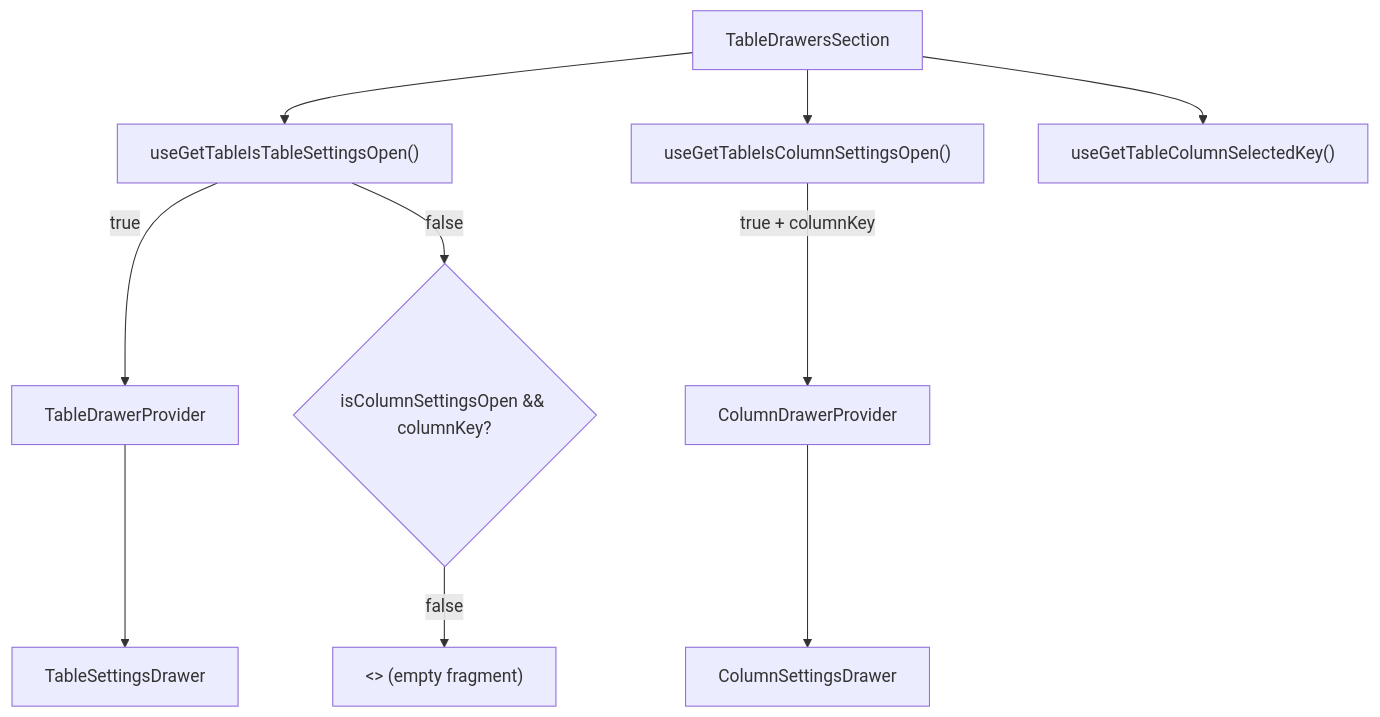
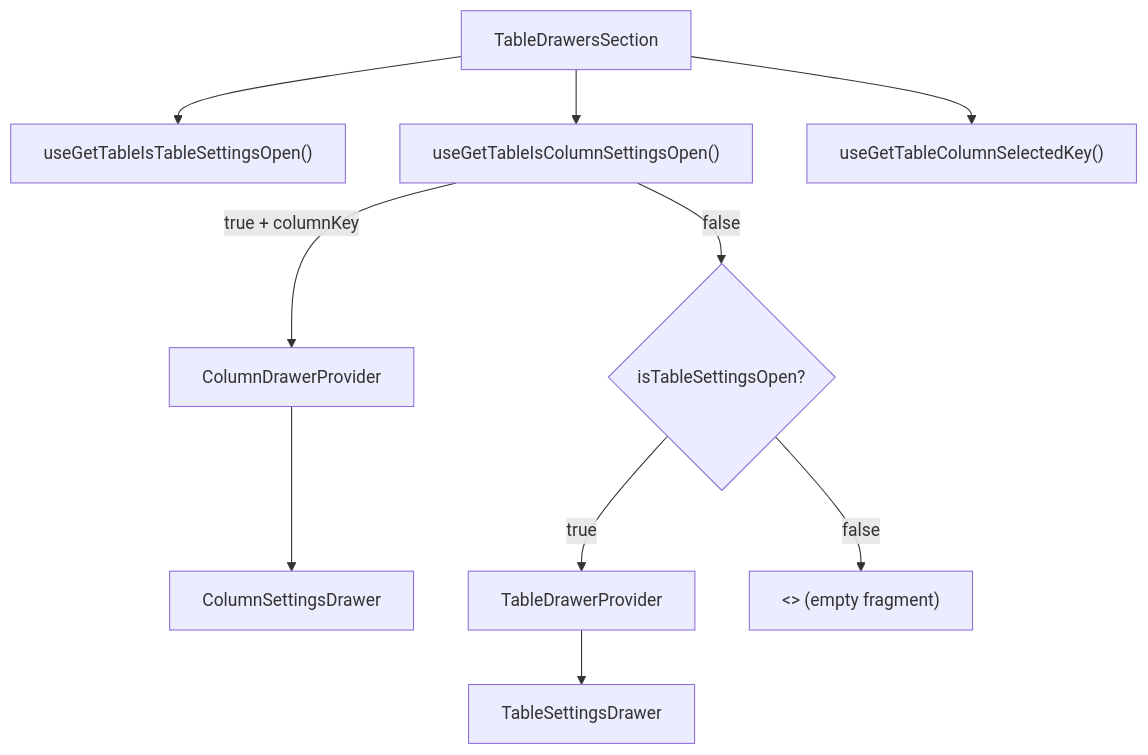
One commit to luciocabrera/lcabrera-stack changed the diagram in apps/react-router/src/components/Table/TableDrawersSection/ARCHITECTURE.md. Above: the diagram before and after it, drawn with Mermaid. The commit also changed other lines of this file and 25 other files, not shown here.

````diff
--- a/apps/react-router/src/components/Table/TableDrawersSection/ARCHITECTURE.md
+++ b/apps/react-router/src/components/Table/TableDrawersSection/ARCHITECTURE.md
@@ -18,15 +18,14 @@
 ```mermaid
 graph TD
   TDS["TableDrawersSection"] --> isTable["useGetTableIsTableSettingsOpen()"]
   TDS --> isCol["useGetTableIsColumnSettingsOpen()"]
   TDS --> colKey["useGetTableColumnSelectedKey()"]
 
-  isTable -->|true| TDP["TableDrawerProvider"]
-  TDP --> TSD["TableSettingsDrawer"]
-
   isCol -->|"true + columnKey"| CDP["ColumnDrawerProvider"]
   CDP --> CSD["ColumnSettingsDrawer"]
 
-  isTable -->|false| check2{"isColumnSettingsOpen && columnKey?"}
+  isCol -->|false| check2{"isTableSettingsOpen?"}
+  check2 -->|true| TDP["TableDrawerProvider"]
+  TDP --> TSD["TableSettingsDrawer"]
   check2 -->|false| empty["<> (empty fragment)"]
 ```
````
